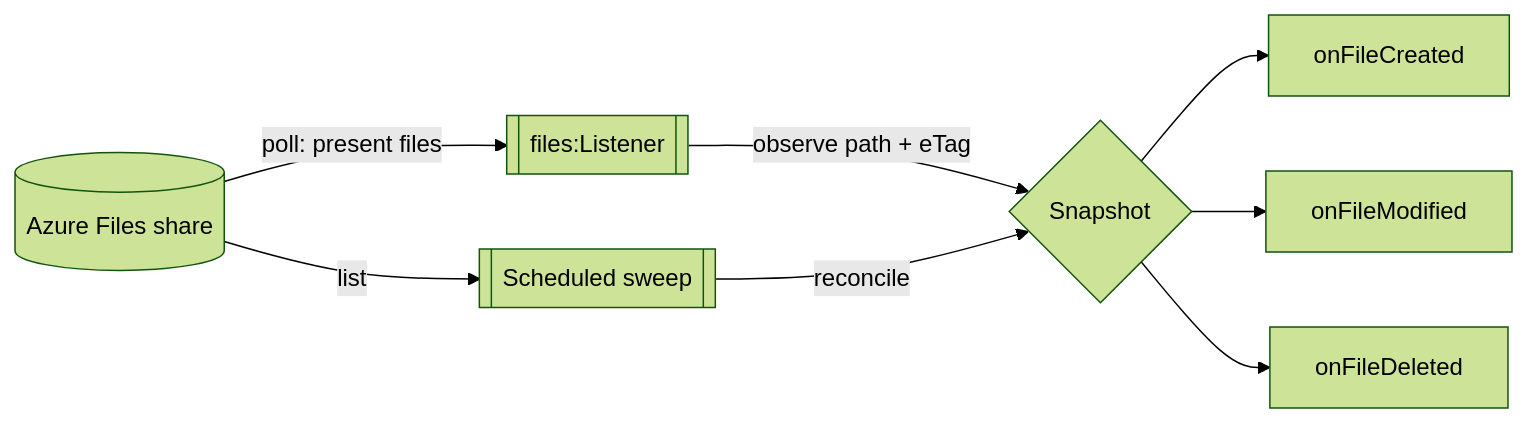
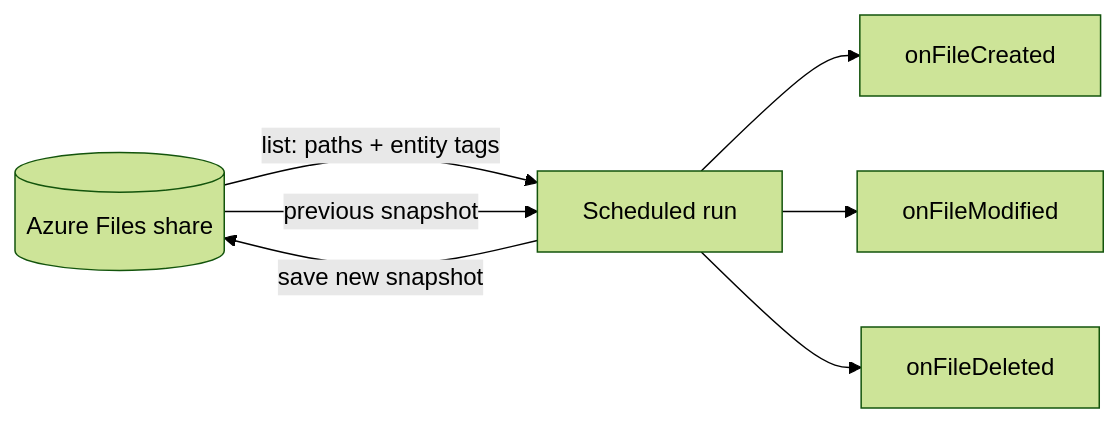
Before and after one commit to wso2/docs-integrator: the diagram in en/docs/guides/howtoguides/azure-files-change-tracker.md, drawn with Mermaid (forest theme). The commit also changed other lines of this file and 4 other files, not shown here.

Commit message:
Update Azure Files change tracker guide to reflect scheduled automation approach and enhance clarity. Add new images illustrating connection setup, automation flow, and run output.

````diff
--- a/en/docs/guides/howtoguides/azure-files-change-tracker.md
+++ b/en/docs/guides/howtoguides/azure-files-change-tracker.md
@@ -19,10 +24,9 @@
 ```mermaid
 flowchart LR
-    A[(Azure Files share)] -->|poll: present files| B[[files:Listener]]
-    A -->|list| C[[Scheduled sweep]]
-    B -->|observe path + eTag| S{Snapshot}
-    C -->|reconcile| S
-    S --> D[onFileCreated]
-    S --> E[onFileModified]
-    S --> F[onFileDeleted]
+    A[(Azure Files share)] -->|list: paths + entity tags| R[Scheduled run]
+    A -->|previous snapshot| R
+    R --> D[onFileCreated]
+    R --> E[onFileModified]
+    R --> F[onFileDeleted]
+    R -->|save new snapshot| A
 ```
````
